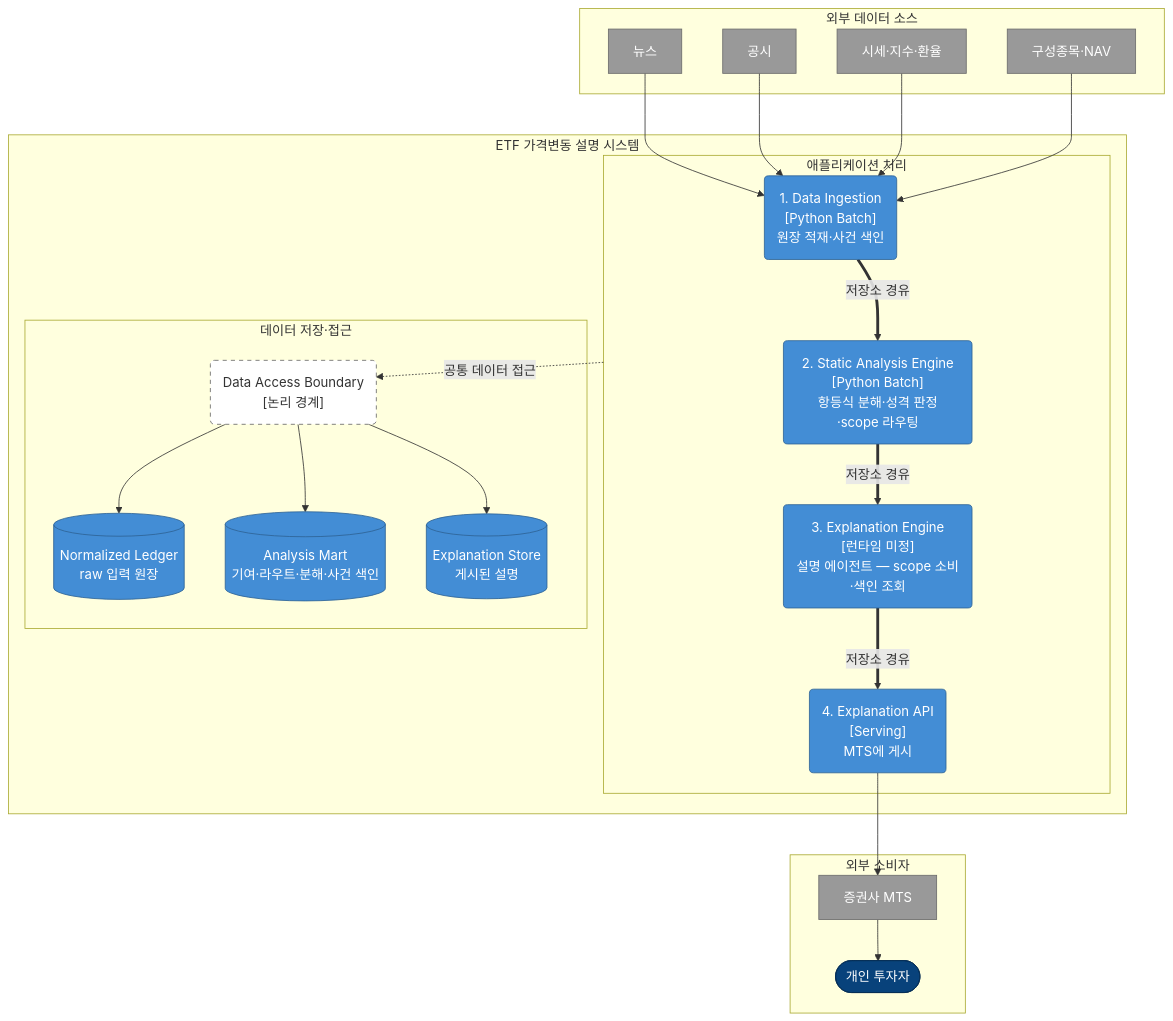
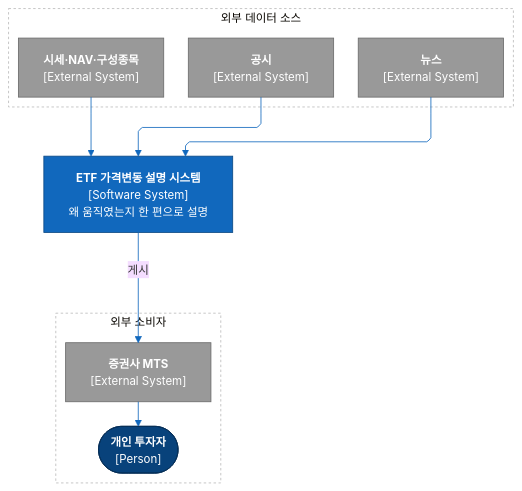
The first of 7 diagrams in src/apps/analysis-engine/docs/baseline/analysis-engine-design.md (alphaeveryday/edge), drawn with Mermaid before and after one commit. The commit also changed other lines of this file and 14 other files, not shown here.

First line of the commit message:
wip(docs): analysis-engine 문서 재구성 (경로 이관 전 스냅샷)

````diff
--- a/src/apps/analysis-engine/docs/baseline/analysis-engine-design.md
+++ b/src/apps/analysis-engine/docs/baseline/analysis-engine-design.md
@@ -41,43 +42,26 @@
 ```mermaid
+%%{init:{"flowchart":{"defaultRenderer":"elk","curve":"linear"},"theme":"base","themeVariables":{"lineColor":"#1168bd","textColor":"#333333","fontSize":"14px"},"elk":{"edgeRouting":"ORTHOGONAL","nodePlacementStrategy":"BRANDES_KOEPF","mergeEdges":false,"ranksep":90,"nodeSpacing":70}}}%%
 flowchart TB
+    accTitle: 시스템 컨텍스트 (C4 L1)
+    accDescr: 뉴스·공시·시세 원천이 ETF 가격변동 설명 시스템으로 들어가 증권사 MTS를 거쳐 개인 투자자에게 설명이 게시된다
     classDef person fill:#08427b,stroke:#052e56,color:#fff
+    classDef system fill:#1168bd,stroke:#0b4884,color:#fff
     classDef external fill:#999,stroke:#6b6b6b,color:#fff
-    classDef container fill:#438dd5,stroke:#2e6295,color:#fff
-    classDef boundaryEl fill:#fff,stroke:#666,color:#333,stroke-dasharray:5 5
 
     subgraph INPUTS["외부 데이터 소스"]
-        NEWS["뉴스"]:::external
-        DISCLOSURE["공시"]:::external
-        MARKET["시세·지수·환율"]:::external
-        HOLDINGS["구성종목·NAV"]:::external
+        NEWS["<b>뉴스</b><br/>[External System]"]:::external
+        DISC["<b>공시</b><br/>[External System]"]:::external
+        MKT["<b>시세·NAV·구성종목</b><br/>[External System]"]:::external
     end
-    subgraph SYS["ETF 가격변동 설명 시스템"]
-        subgraph APP["애플리케이션 처리"]
-            INGESTION("1. Data Ingestion<br/>[Python Batch]<br/>원장 적재·사건 색인"):::container
-            ANALYSIS("2. Static Analysis Engine<br/>[Python Batch]<br/>항등식 분해·성격 판정·scope 라우팅"):::container
-            EXPLANATION("3. Explanation Engine<br/>[런타임 미정]<br/>설명 에이전트 — scope 소비·색인 조회"):::container
-            API("4. Explanation API<br/>[Serving]<br/>MTS에 게시"):::container
-            INGESTION ==>|저장소 경유| ANALYSIS ==>|저장소 경유| EXPLANATION ==>|저장소 경유| API
-        end
-        subgraph DATA["데이터 저장·접근"]
-            DA("Data Access Boundary<br/>[논리 경계]"):::boundaryEl
-            LEDGER[("Normalized Ledger<br/>raw 입력 원장")]:::container
-            MART[("Analysis Mart<br/>기여·라우트·분해·사건 색인")]:::container
-            STORE[("Explanation Store<br/>게시된 설명")]:::container
-            DA --> LEDGER
-            DA --> MART
-            DA --> STORE
-        end
-        APP -.->|공통 데이터 접근| DA
+    SYS["<b>ETF 가격변동 설명 시스템</b><br/>[Software System]<br/>왜 움직였는지 한 편으로 설명"]:::system
+    subgraph OUTPUTS["외부 소비자"]
+        MTS["<b>증권사 MTS</b><br/>[External System]"]:::external
+        USER(["<b>개인 투자자</b><br/>[Person]"]):::person
     end
-    subgraph OUTPUTS["외부 소비자"]
-        MTS["증권사 MTS"]:::external
-        INVESTOR(["개인 투자자"]):::person
-    end
-    NEWS --> INGESTION
-    DISCLOSURE --> INGESTION
-    MARKET --> INGESTION
-    HOLDINGS --> INGESTION
-    API --> MTS
-    MTS --> INVESTOR
+    NEWS --> SYS
+    DISC --> SYS
+    MKT --> SYS
+    SYS -->|"게시"| MTS --> USER
+    style INPUTS fill:none,stroke:#bbb,stroke-dasharray:3 3
+    style OUTPUTS fill:none,stroke:#bbb,stroke-dasharray:3 3
 ```
````
